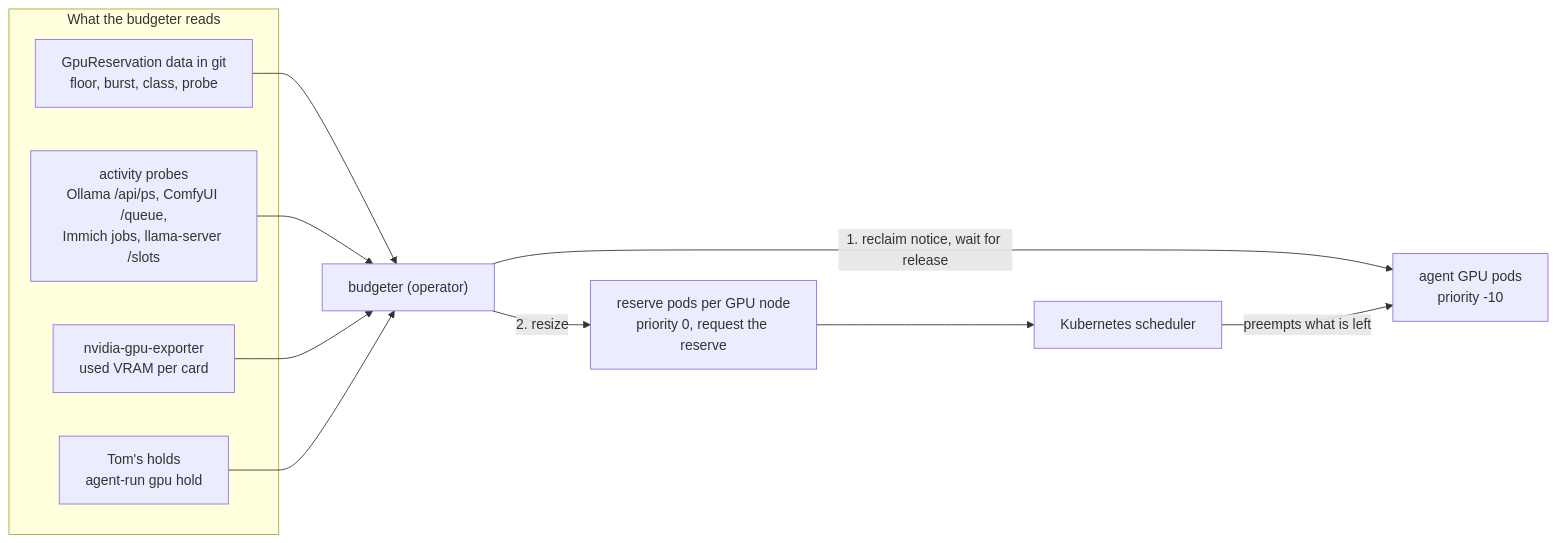
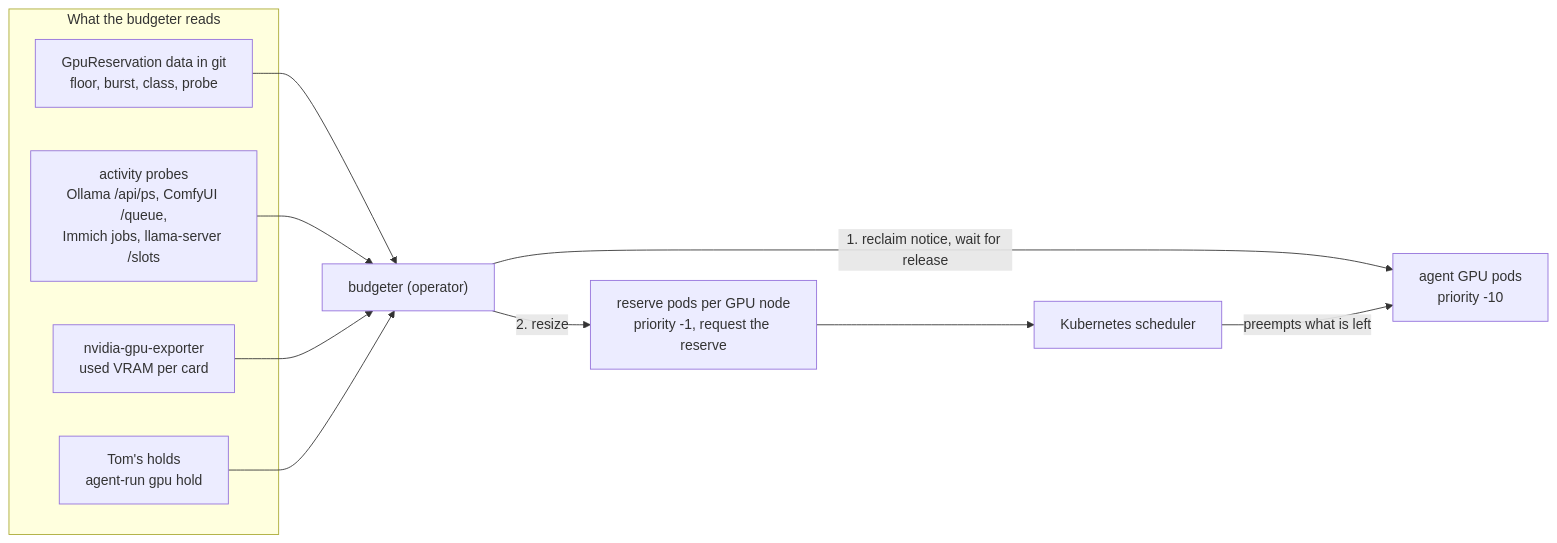
One commit to thaynes43/dev-env changed the fifth of 5 diagrams in .agents/sagas/distributed-dev-env/designs/001-dev-env-v2.md. Above: the diagram before and after it, drawn with Mermaid. The commit also changed other lines of this file and 1 other file, not shown here.

First line of the commit message:
docs(saga): close the reclaim race; fix diagram priority and plan 09 cap

````diff
--- a/.agents/sagas/distributed-dev-env/designs/001-dev-env-v2.md
+++ b/.agents/sagas/distributed-dev-env/designs/001-dev-env-v2.md
@@ -1483,18 +1483,18 @@
 ```mermaid
 flowchart LR
   subgraph inputs[What the budgeter reads]
     decl["GpuReservation data in git<br/>floor, burst, class, probe"]
     probe["activity probes<br/>Ollama /api/ps, ComfyUI /queue,<br/>Immich jobs, llama-server /slots"]
     live["nvidia-gpu-exporter<br/>used VRAM per card"]
     hold["Tom's holds<br/>agent-run gpu hold"]
   end
   bud["budgeter (operator)"]
-  res["reserve pods per GPU node<br/>priority 0, request the reserve"]
+  res["reserve pods per GPU node<br/>priority -1, request the reserve"]
   sched["Kubernetes scheduler"]
   agents["agent GPU pods<br/>priority -10"]
   decl & probe & live & hold --> bud
   bud -->|"1. reclaim notice, wait for release"| agents
   bud -->|"2. resize"| res
   res --> sched
   sched -->|"preempts what is left"| agents
 ```
````
